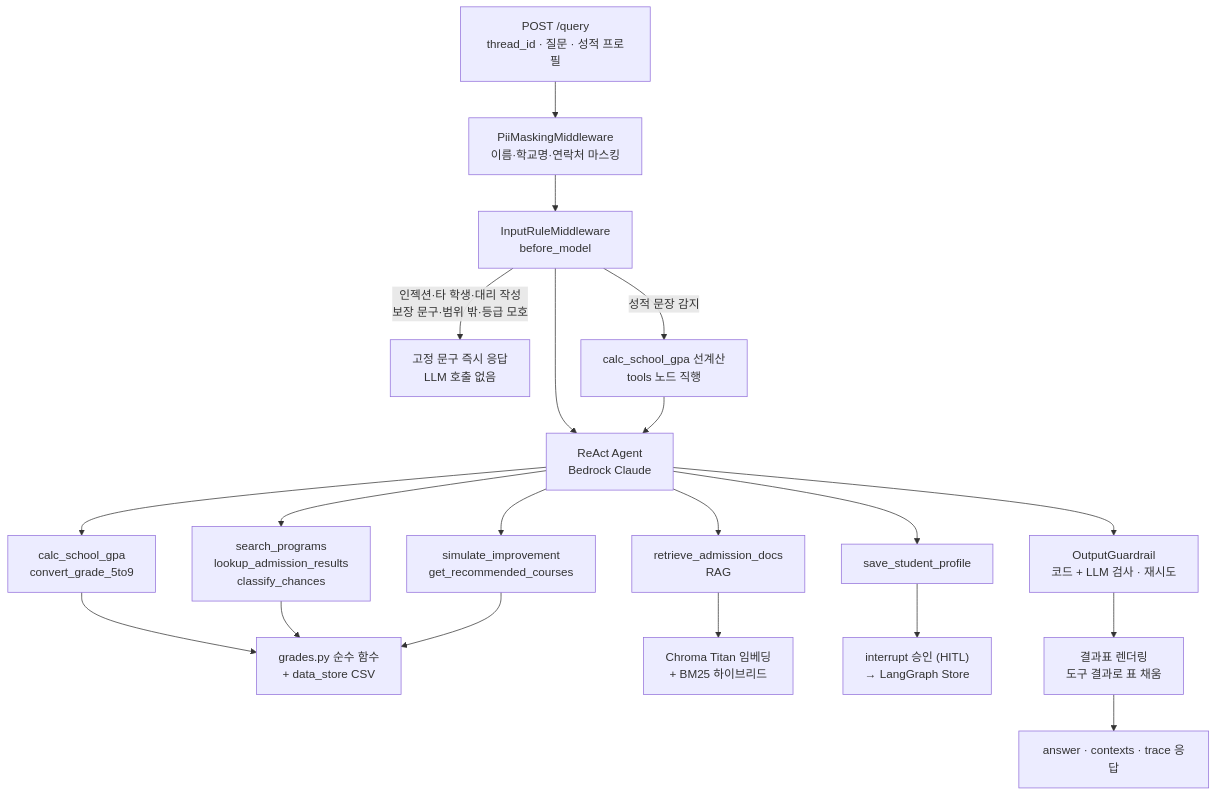
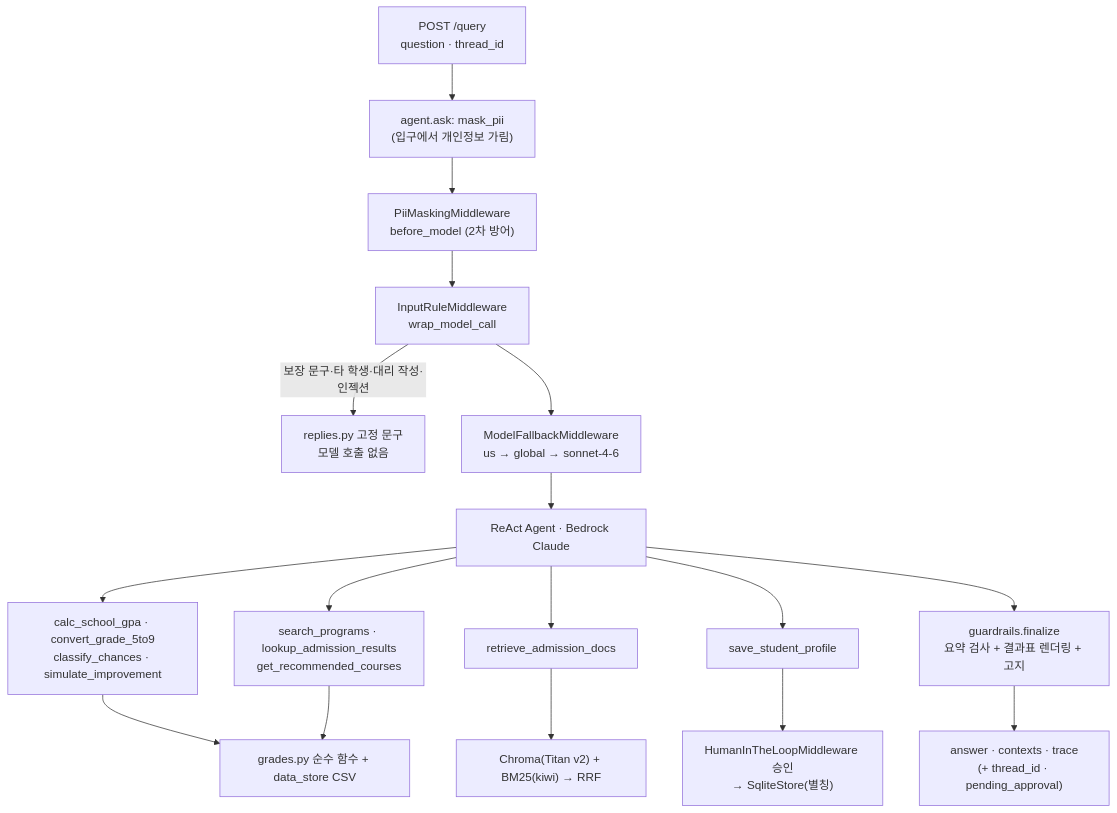
The diagram in docs/ARCHITECTURE.md (actdan2016-cmd/miniPJT), drawn with Mermaid before and after one commit. The commit also changed other lines of this file and 7 other files, not shown here.

````diff
--- a/docs/ARCHITECTURE.md
+++ b/docs/ARCHITECTURE.md
@@ -23,20 +20,18 @@
 ```mermaid
 flowchart TD
-    Q["POST /query<br/>thread_id · 질문 · 성적 프로필"] --> PII["PiiMaskingMiddleware<br/>이름·학교명·연락처 마스킹"]
-    PII --> R["InputRuleMiddleware<br/>before_model"]
-    R -- "인젝션·타 학생·대리 작성<br/>보장 문구·범위 밖·등급 모호" --> F["고정 문구 즉시 응답<br/>LLM 호출 없음"]
-    R -- "성적 문장 감지" --> P["calc_school_gpa 선계산<br/>tools 노드 직행"]
-    R --> A["ReAct Agent<br/>Bedrock Claude"]
-    P --> A
-    A --> T1["calc_school_gpa<br/>convert_grade_5to9"]
-    A --> T2["search_programs<br/>lookup_admission_results<br/>classify_chances"]
-    A --> T3["simulate_improvement<br/>get_recommended_courses"]
-    A --> T4["retrieve_admission_docs<br/>RAG"]
-    A --> T5["save_student_profile"]
-    T1 & T2 & T3 --> G["grades.py 순수 함수<br/>+ data_store CSV"]
-    T4 --> C["Chroma Titan 임베딩<br/>+ BM25 하이브리드"]
-    T5 --> H["interrupt 승인 (HITL)<br/>→ LangGraph Store"]
-    A --> O["OutputGuardrail<br/>코드 + LLM 검사 · 재시도"]
-    O --> RN["결과표 렌더링<br/>도구 결과로 표 채움"]
-    RN --> RES["answer · contexts · trace 응답"]
+    Q["POST /query<br/>question · thread_id"] --> M0["agent.ask: mask_pii<br/>(입구에서 개인정보 가림)"]
+    M0 --> PII["PiiMaskingMiddleware<br/>before_model (2차 방어)"]
+    PII --> R["InputRuleMiddleware<br/>wrap_model_call"]
+    R -- "보장 문구·타 학생·대리 작성·인젝션" --> F["replies.py 고정 문구<br/>모델 호출 없음"]
+    R --> FB["ModelFallbackMiddleware<br/>us → global → sonnet-4-6"]
+    FB --> A["ReAct Agent · Bedrock Claude"]
+    A --> T1["calc_school_gpa · convert_grade_5to9<br/>classify_chances · simulate_improvement"]
+    A --> T2["search_programs · lookup_admission_results<br/>get_recommended_courses"]
+    A --> T3["retrieve_admission_docs"]
+    A --> T4["save_student_profile"]
+    T1 & T2 --> G["grades.py 순수 함수 + data_store CSV"]
+    T3 --> C["Chroma(Titan v2) + BM25(kiwi) → RRF"]
+    T4 --> H["HumanInTheLoopMiddleware 승인<br/>→ SqliteStore(별칭)"]
+    A --> O["guardrails.finalize<br/>요약 검사 + 결과표 렌더링 + 고지"]
+    O --> RES["answer · contexts · trace<br/>(+ thread_id · pending_approval)"]
 ```
````
